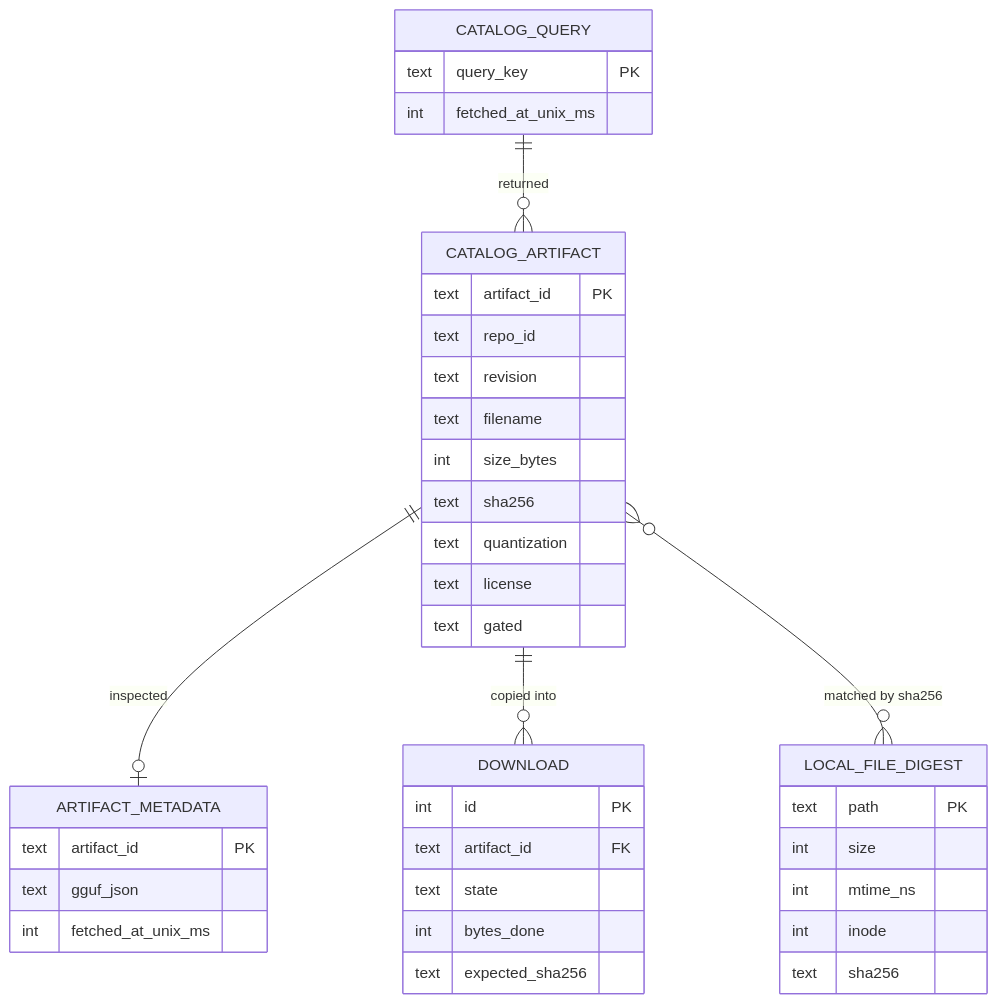
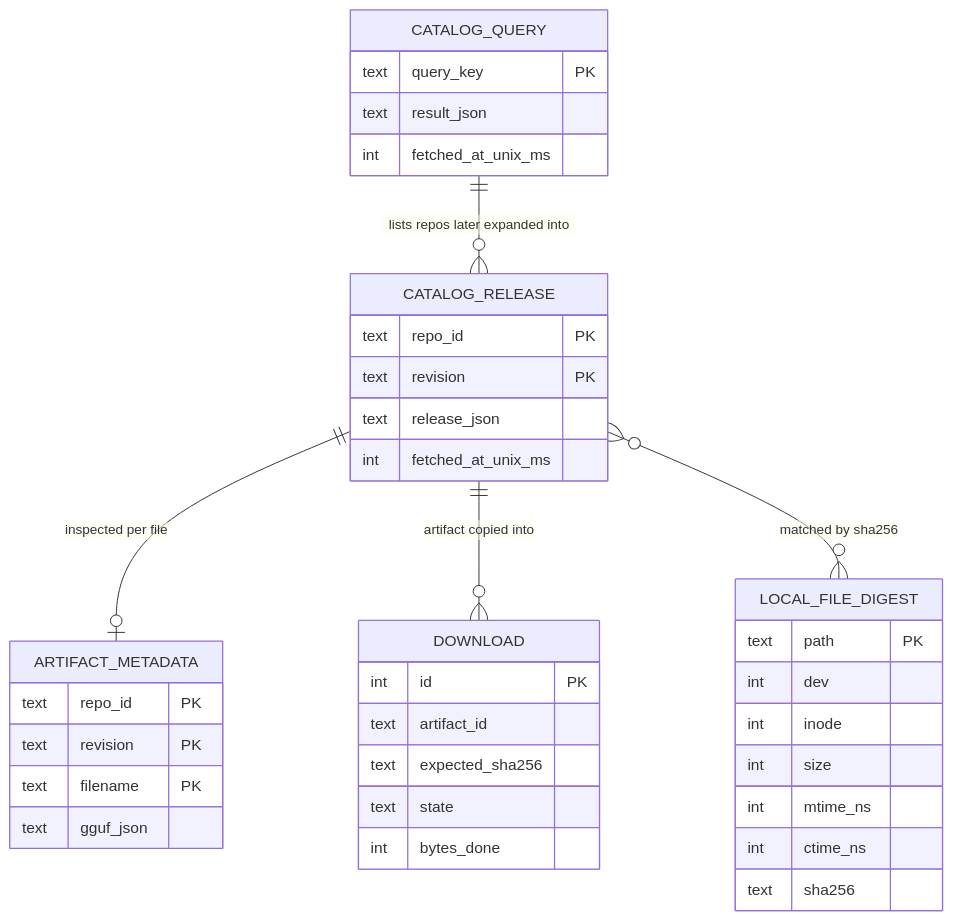
The first of 7 diagrams in docs/04-roadmap/m1/Diagrams.md (dexterhere/kvlm), drawn with Mermaid before and after one commit. The commit also changed 1 other file, not shown here.

Commit message:
docs(m1): record catalog release storage correction

````diff
--- a/docs/04-roadmap/m1/Diagrams.md
+++ b/docs/04-roadmap/m1/Diagrams.md
@@ -7,41 +7,40 @@
 ```mermaid
 erDiagram
-    CATALOG_QUERY ||--o{ CATALOG_ARTIFACT : "returned"
-    CATALOG_ARTIFACT ||--o| ARTIFACT_METADATA : "inspected"
-    CATALOG_ARTIFACT ||--o{ DOWNLOAD : "copied into"
-    CATALOG_ARTIFACT }o--o{ LOCAL_FILE_DIGEST : "matched by sha256"
+    CATALOG_QUERY ||--o{ CATALOG_RELEASE : "lists repos later expanded into"
+    CATALOG_RELEASE ||--o| ARTIFACT_METADATA : "inspected per file"
+    CATALOG_RELEASE ||--o{ DOWNLOAD : "artifact copied into"
+    CATALOG_RELEASE }o--o{ LOCAL_FILE_DIGEST : "matched by sha256"
     CATALOG_QUERY {
         text query_key PK
+        text result_json
         int fetched_at_unix_ms
     }
-    CATALOG_ARTIFACT {
-        text artifact_id PK
-        text repo_id
-        text revision
-        text filename
-        int size_bytes
-        text sha256
-        text quantization
-        text license
-        text gated
+    CATALOG_RELEASE {
+        text repo_id PK
+        text revision PK
+        text release_json
+        int fetched_at_unix_ms
     }
     ARTIFACT_METADATA {
-        text artifact_id PK
+        text repo_id PK
+        text revision PK
+        text filename PK
         text gguf_json
-        int fetched_at_unix_ms
     }
     DOWNLOAD {
         int id PK
-        text artifact_id FK
+        text artifact_id
+        text expected_sha256
         text state
         int bytes_done
-        text expected_sha256
     }
     LOCAL_FILE_DIGEST {
         text path PK
+        int dev
+        int inode
         int size
         int mtime_ns
-        int inode
+        int ctime_ns
         text sha256
     }
 ```
````
